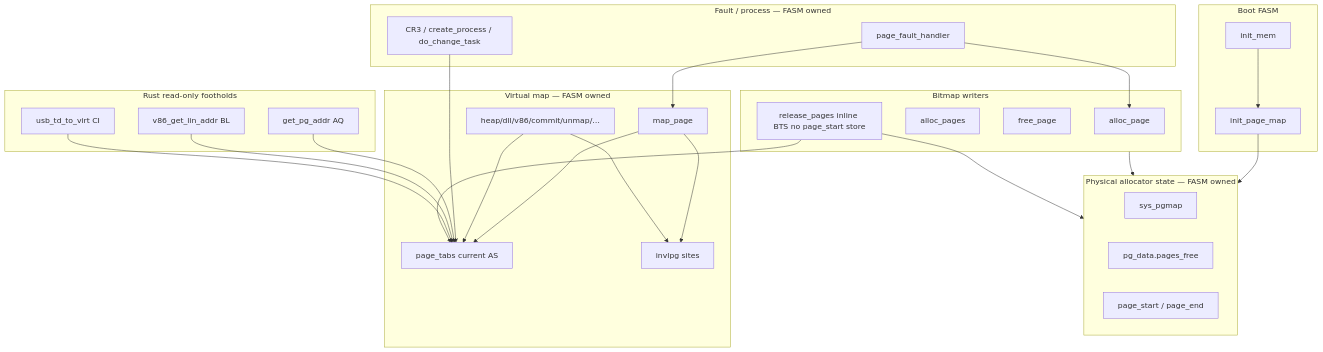
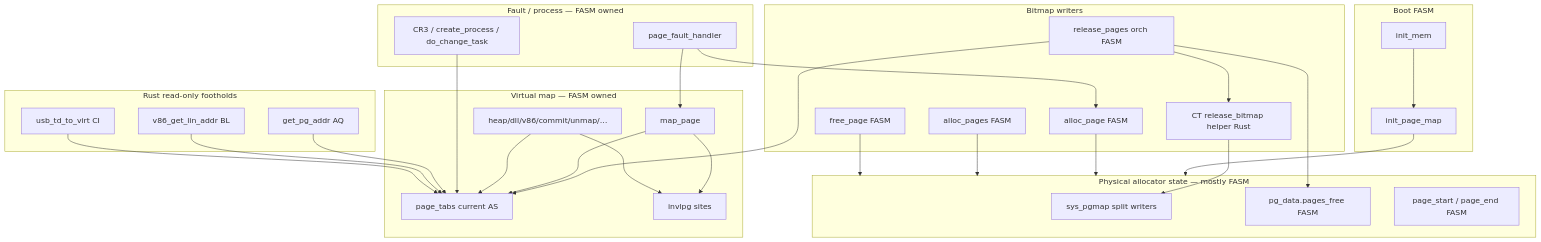
Before and after one commit to DarkoreXOR/KolibriOS-Reloaded: the diagram in docs/migration/stage4-ownership-design.md, drawn with Mermaid. The commit also changed other lines of this file and 17 other files, not shown here.

````diff
--- a/docs/migration/stage4-ownership-design.md
+++ b/docs/migration/stage4-ownership-design.md
@@ -132,53 +136,58 @@
 ```mermaid
 flowchart TB
   subgraph boot [Boot FASM]
     init_mem[init_mem]
     init_page_map[init_page_map]
   end
 
-  subgraph phys [Physical allocator state — FASM owned]
-    sys_pgmap[sys_pgmap]
-    pages_free[pg_data.pages_free]
-    page_start[page_start / page_end]
+  subgraph phys [Physical allocator state — mostly FASM]
+    sys_pgmap[sys_pgmap split writers]
+    pages_free[pg_data.pages_free FASM]
+    page_start[page_start / page_end FASM]
   end
 
   subgraph phys_api [Bitmap writers]
-    alloc_page[alloc_page]
-    alloc_pages[alloc_pages]
-    free_page[free_page]
-    release_pages[release_pages inline BTS no page_start store]
+    alloc_page[alloc_page FASM]
+    alloc_pages[alloc_pages FASM]
+    free_page[free_page FASM]
+    release_pages[release_pages orch FASM]
+    ct_helper[CT release_bitmap helper Rust]
   end
 
   subgraph virt [Virtual map — FASM owned]
     page_tabs[page_tabs current AS]
     map_page[map_page]
     other_pte[heap/dll/v86/commit/unmap/…]
     invlpg[invlpg sites]
   end
 
   subgraph fault [Fault / process — FASM owned]
     pf[page_fault_handler]
     cr3[CR3 / create_process / do_change_task]
   end
 
   subgraph rust_ro [Rust read-only footholds]
     AQ[get_pg_addr AQ]
     BL[v86_get_lin_addr BL]
     CI[usb_td_to_virt CI]
   end
 
   init_mem --> init_page_map --> phys
-  phys_api --> phys
+  alloc_page --> phys
+  alloc_pages --> phys
+  free_page --> phys
+  release_pages --> ct_helper
+  ct_helper --> sys_pgmap
+  release_pages --> pages_free
+  release_pages --> page_tabs
   map_page --> page_tabs
   other_pte --> page_tabs
   map_page --> invlpg
   other_pte --> invlpg
   pf --> alloc_page
   pf --> map_page
   cr3 --> page_tabs
   AQ --> page_tabs
   BL --> page_tabs
   CI --> page_tabs
-  release_pages --> phys
-  release_pages --> page_tabs
 ```
````
